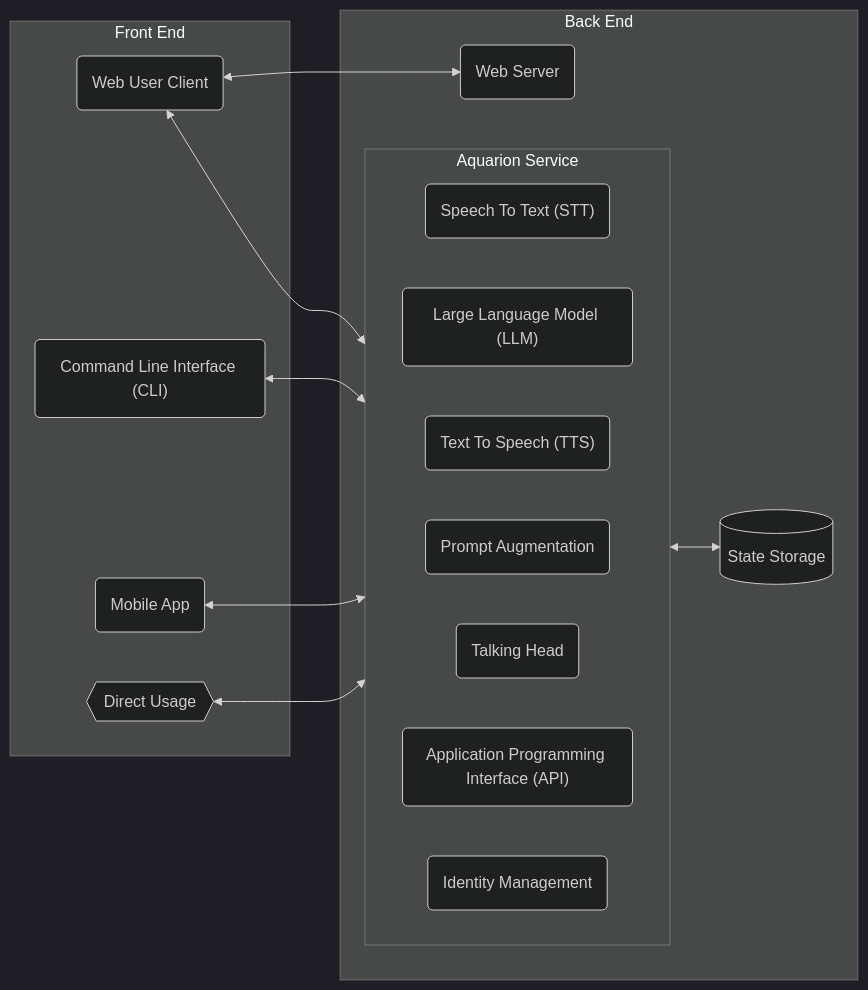
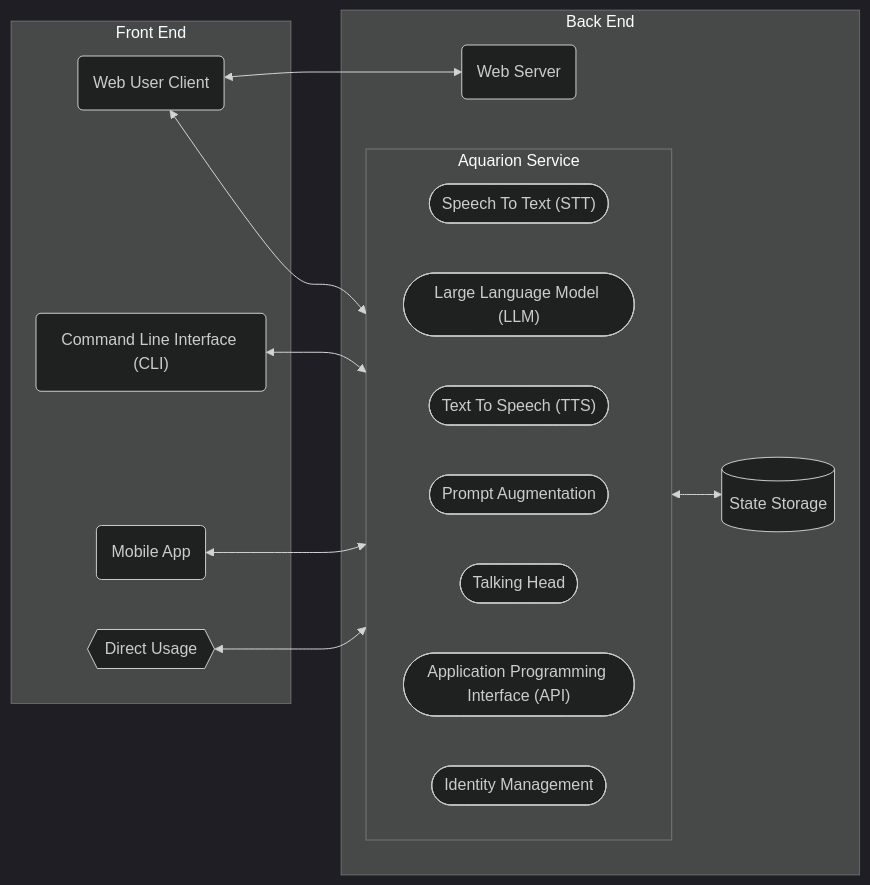
The fifth of 9 diagrams in docs/system_architectures.md (aquarion-ai/aquarion-docs), drawn with Mermaid (dark theme) before and after one commit. The commit also changed other lines of this file, not shown here.

Commit message:
docs: :memo: add final touches to system architecture doc

````diff
--- a/docs/system_architectures.md
+++ b/docs/system_architectures.md
@@ -212,30 +204,30 @@
 ```mermaid
    graph LR
 
    subgraph front[Front End]
      webclient(Web User Client)
      cli("Command Line Interface (CLI)")
      mobile(Mobile App)
      direct{{Direct Usage}}
    end
 
    subgraph back[Back End]
      webserver(Web Server)
      db[("State Storage")]
 
      subgraph server[Aquarion Service]
        direction LR
-       stt("Speech To Text (STT)")
-       llm("Large Language Model (LLM)")
-       tts("Text To Speech (TTS)")
-       prompt(Prompt Augmentation)
-       head(Talking Head)
-       api("Application Programming Interface (API)")
-       auth(Identity Management)
+       stt(["Speech To Text (STT)"])
+       llm(["Large Language Model (LLM)"])
+       tts(["Text To Speech (TTS)"])
+       prompt([Prompt Augmentation])
+       head([Talking Head])
+       api(["Application Programming Interface (API)"])
+       auth([Identity Management])
      end
    end
 
    webclient <--> webserver
    webclient & cli & direct & mobile <--> server
    server <--> db
 ```
````
